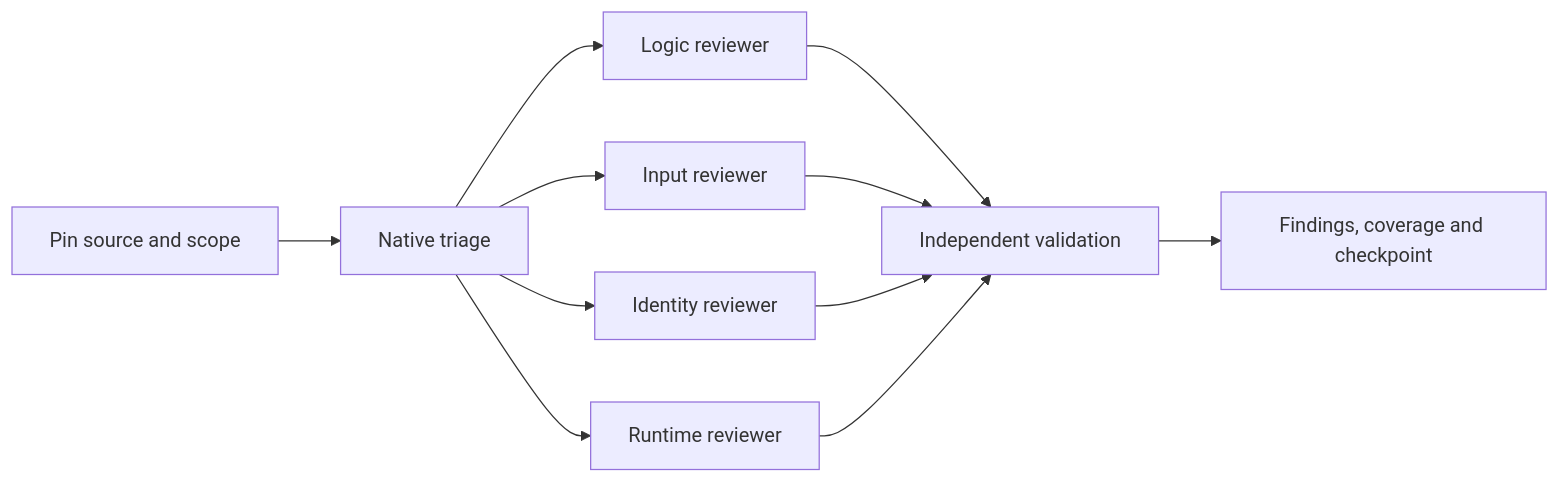
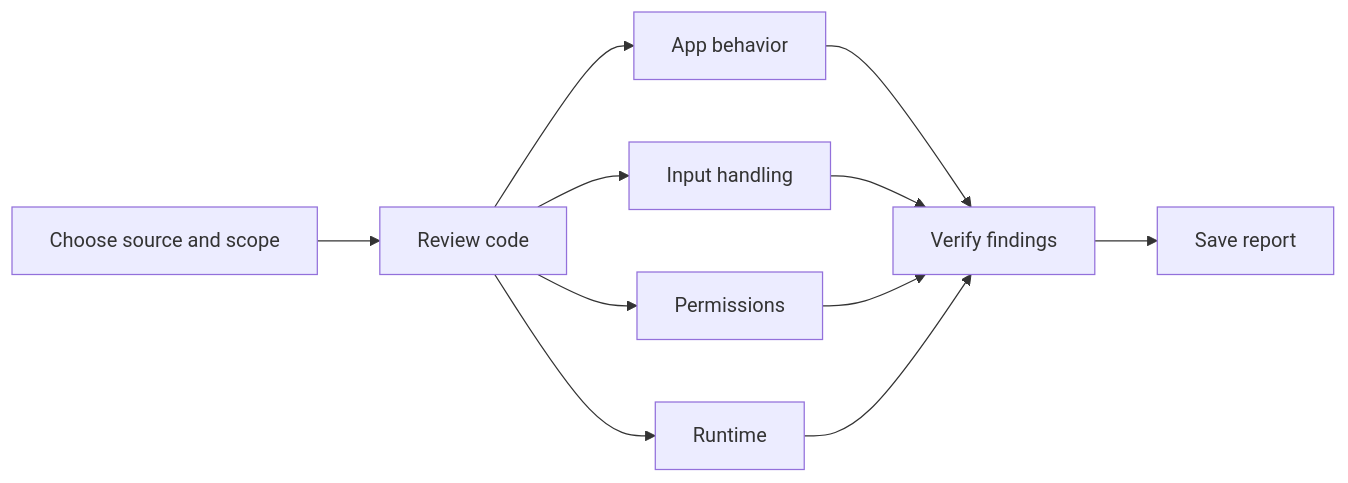
The diagram in README.md (Omern187/HydraScan), drawn with Mermaid before and after one commit. The commit also changed other lines of this file and 1 other file, not shown here.

````diff
--- a/README.md
+++ b/README.md
@@ -108,13 +52,13 @@
 ```mermaid
 flowchart LR
-    A[Pin source and scope] --> B[Native triage]
-    B --> C[Logic reviewer]
-    B --> D[Input reviewer]
-    B --> E[Identity reviewer]
-    B --> F[Runtime reviewer]
-    C --> G[Independent validation]
+    A[Choose source and scope] --> B[Review code]
+    B --> C[App behavior]
+    B --> D[Input handling]
+    B --> E[Permissions]
+    B --> F[Runtime]
+    C --> G[Verify findings]
     D --> G
     E --> G
     F --> G
-    G --> H[Findings, coverage and checkpoint]
+    G --> H[Save report]
 ```
````
